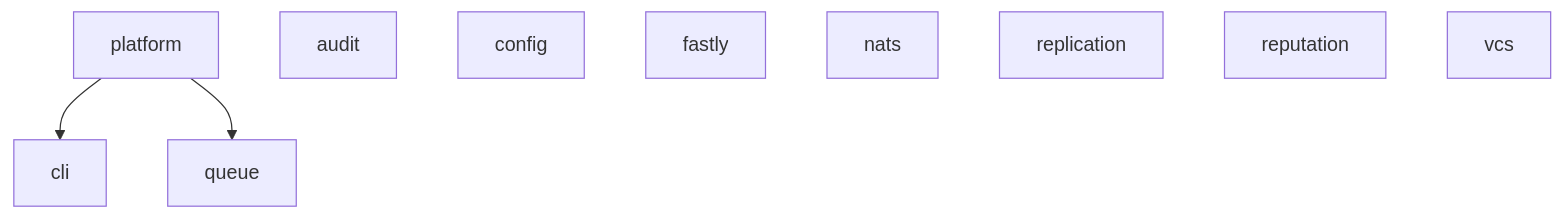
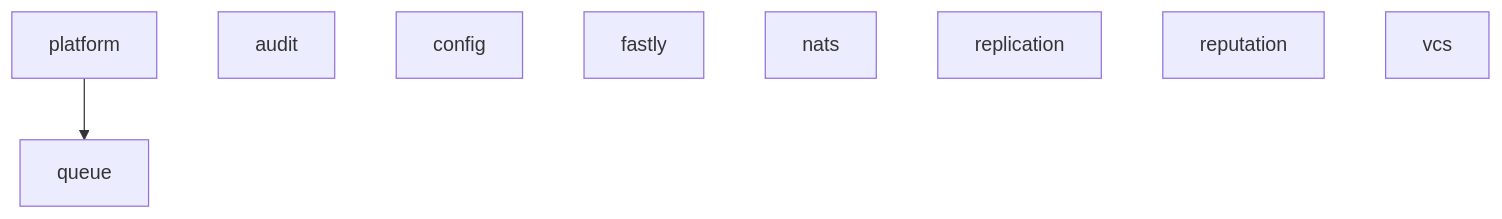
One commit to utopia-php/monorepo changed the diagram in README.md. Above: the diagram before and after it, drawn with Mermaid. The commit also changed other lines of this file and 16 other files, not shown here.

````diff
--- a/README.md
+++ b/README.md
@@ -52,12 +52,11 @@
 ```mermaid
 graph TD
-    platform --> cli
     platform --> queue
     audit
     config
     fastly
     nats
     replication
     reputation
     vcs
 ```
````
